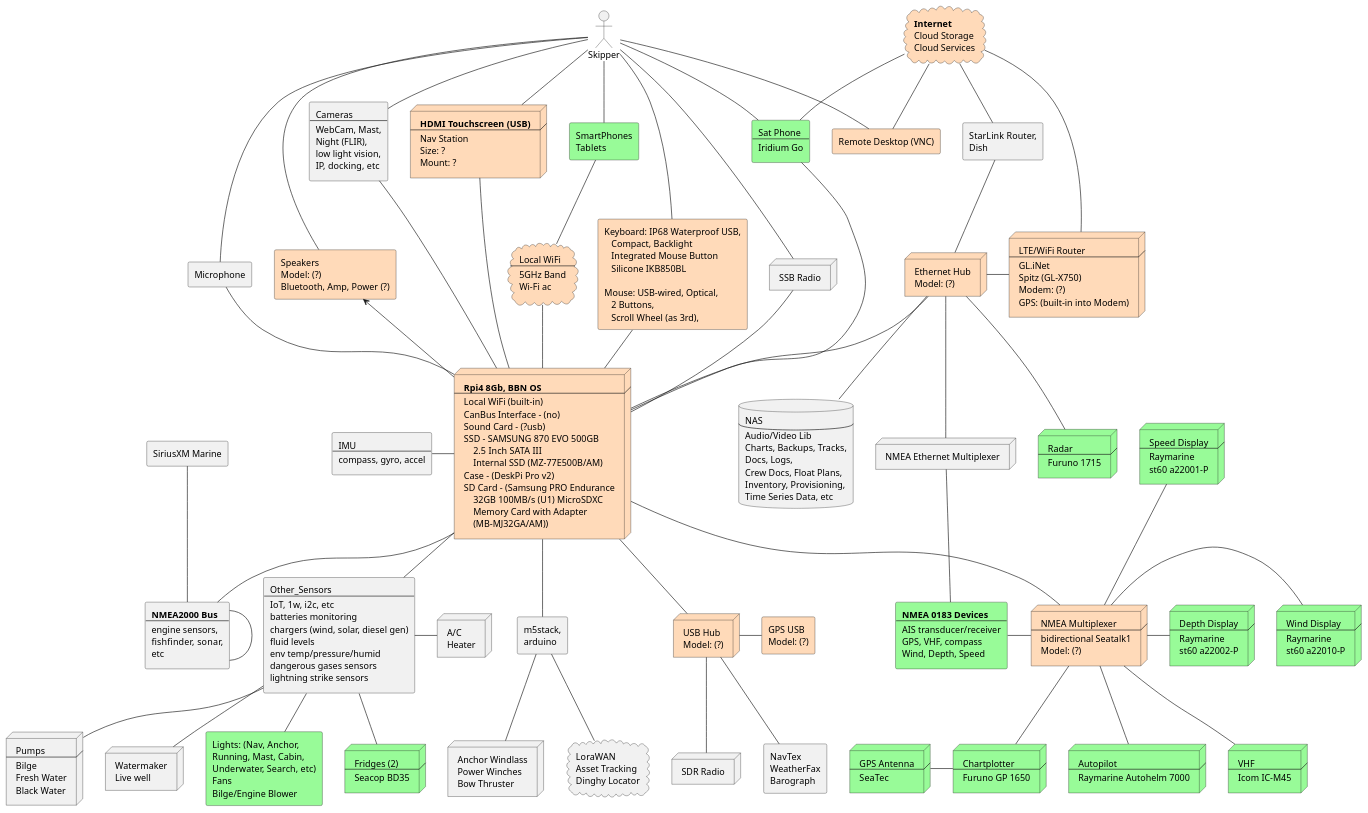
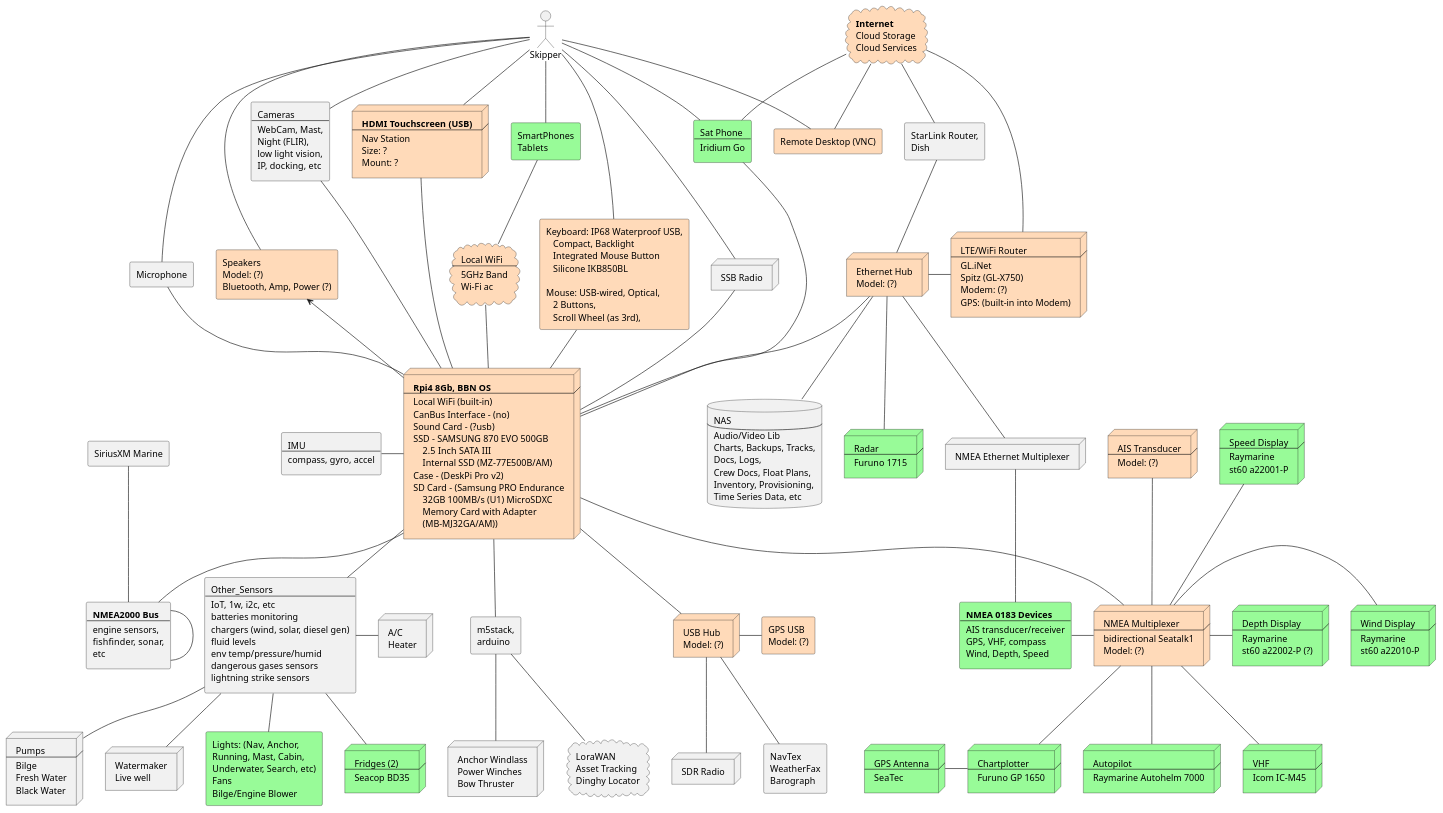
Before and after one commit to SY-Alcazar/SY-Alcazar: the diagram in docs/plantuml/alcazar-system-arch.puml, drawn with PlantUML.

Commit message:
alcazar system arch

```diff
--- a/docs/plantuml/alcazar-system-arch.puml
+++ b/docs/plantuml/alcazar-system-arch.puml
@@ -194,6 +194,12 @@
  Live well
 ]
 
+node AIS #peachpuff [
+ AIS Transducer
+ ----
+ Model: (?)
+]
+
 rectangle Lights_Fans #palegreen [
  Lights: (Nav, Anchor,
  Running, Mast, Cabin,
@@ -257,7 +263,7 @@
  Depth Display
  ----
  Raymarine
- st60 a22002-P
+ st60 a22002-P (?)
 ]
 
 node Fridge #palegreen [
@@ -334,6 +340,7 @@
 NMEA_Mux -r- Dash_1
 NMEA_Mux -u- Dash_2
 NMEA_Mux -r- Dash_3
+NMEA_Mux -u- AIS
 
 Chartplotter -l- GPS_Ant
 
```
